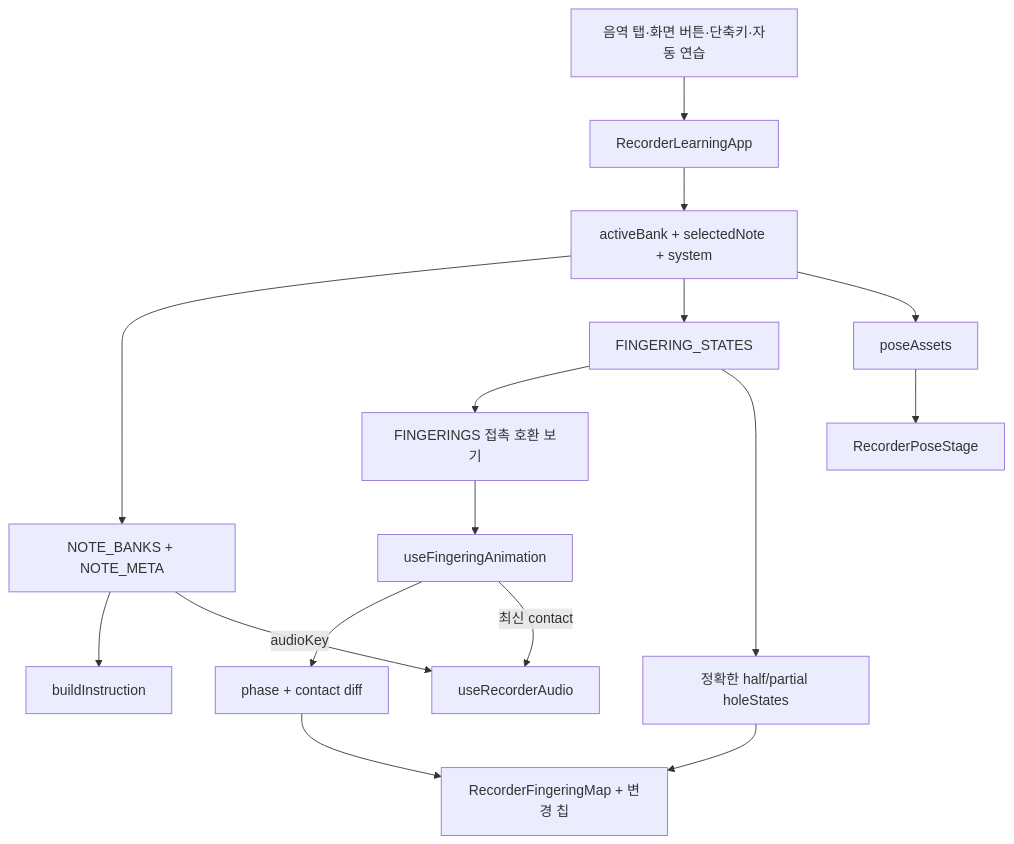
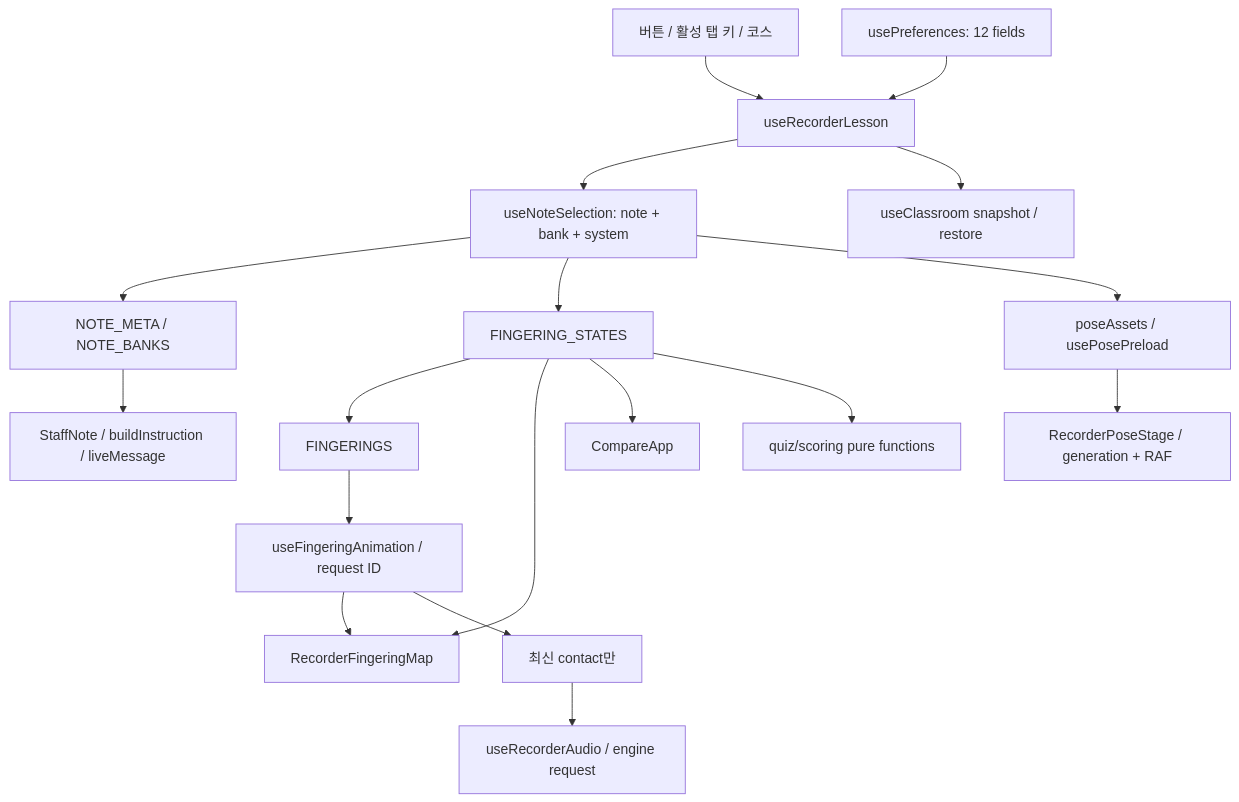
The diagram in docs/architecture.md (kimyounggaur/Recorder_Fingering_Edu), drawn with Mermaid before and after one commit. The commit also changed other lines of this file and 14 other files, not shown here.

````diff
--- a/docs/architecture.md
+++ b/docs/architecture.md
@@ -101,18 +45,20 @@
 ```mermaid
 flowchart TD
-  A["음역 탭·화면 버튼·단축키·자동 연습"] --> B["RecorderLearningApp"]
-  B --> C["activeBank + selectedNote + system"]
-  C --> D["NOTE_BANKS + NOTE_META"]
-  C --> E["FINGERING_STATES"]
-  E --> F["FINGERINGS 접촉 호환 보기"]
-  C --> G["poseAssets"]
-  F --> H["useFingeringAnimation"]
-  H --> I["phase + contact diff"]
-  E --> J["정확한 half/partial holeStates"]
-  G --> K["RecorderPoseStage"]
-  I --> L["RecorderFingeringMap + 변경 칩"]
-  J --> L
-  D --> M["buildInstruction"]
-  H -->|"최신 contact"| N["useRecorderAudio"]
-  D -->|"audioKey"| N
+  Input["버튼 / 활성 탭 키 / 코스"] --> Lesson["useRecorderLesson"]
+  Storage["usePreferences: 12 fields"] --> Lesson
+  Lesson --> Selection["useNoteSelection: note + bank + system"]
+  Selection --> Meta["NOTE_META / NOTE_BANKS"]
+  Selection --> States["FINGERING_STATES"]
+  States --> Contacts["FINGERINGS"]
+  Contacts --> Motion["useFingeringAnimation / request ID"]
+  States --> Map["RecorderFingeringMap"]
+  Motion --> Map
+  Selection --> Poses["poseAssets / usePosePreload"]
+  Poses --> Canvas["RecorderPoseStage / generation + RAF"]
+  Meta --> Text["StaffNote / buildInstruction / liveMessage"]
+  Motion --> Contact["최신 contact만"]
+  Contact --> Audio["useRecorderAudio / engine request"]
+  States --> Compare["CompareApp"]
+  States --> Score["quiz/scoring pure functions"]
+  Lesson --> Classroom["useClassroom snapshot / restore"]
 ```
````
